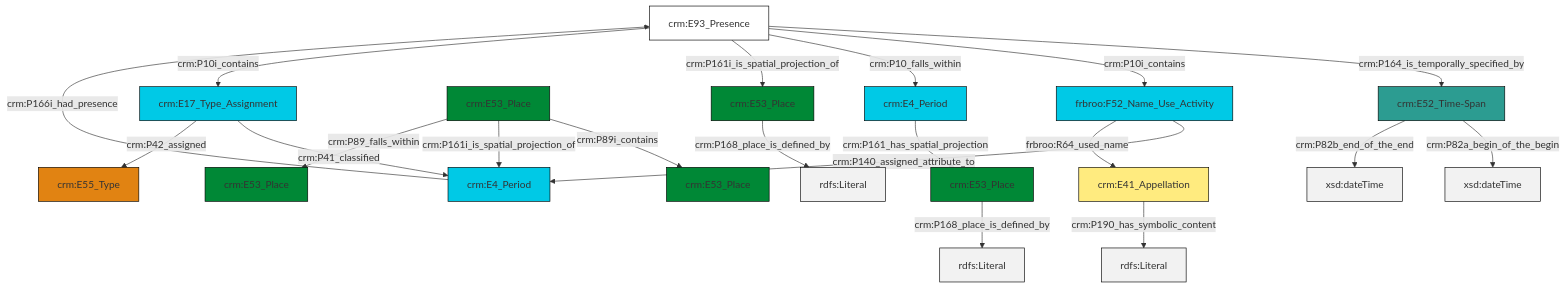
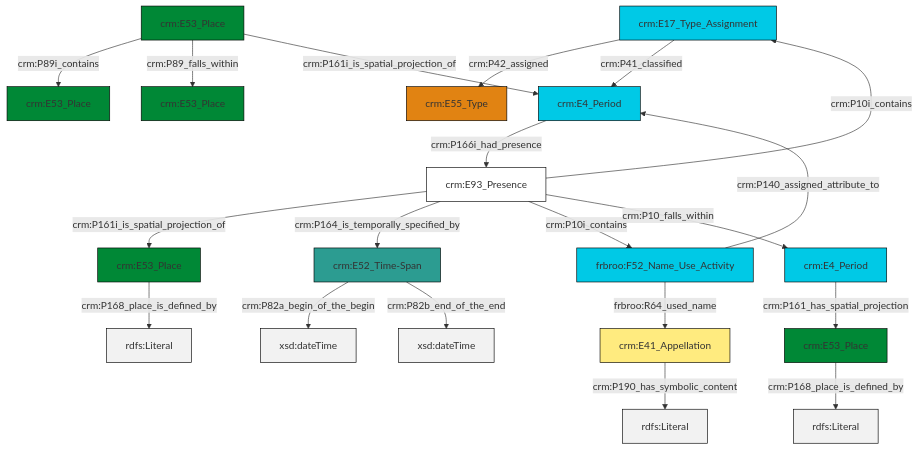
One commit to swiss-art-research-net/reference-data-models changed the diagram in et/placeCSV/ttl/mmd/place_parthood.ttl.mmd. Above: the diagram before and after it, drawn with Mermaid. The commit also changed 127 other files, not shown here.

```diff
--- a/et/placeCSV/ttl/mmd/place_parthood.ttl.mmd
+++ b/et/placeCSV/ttl/mmd/place_parthood.ttl.mmd
@@ -1,34 +1,34 @@
 graph TD
 classDef Literal fill:#f2f2f2,stroke:#000000;
 classDef CRM_Entity fill:#FFFFFF,stroke:#000000;
 classDef Temporal_Entity fill:#00C9E6, stroke:#000000;
 classDef Type fill:#E18312, stroke:#000000;
 classDef Time-Span fill:#2C9C91, stroke:#000000;
 classDef Appellation fill:#FFEB7F, stroke:#000000;
 classDef Place fill:#008836, stroke:#000000;
 classDef Persistent_Item fill:#B266B2, stroke:#000000;
 classDef Conceptual_Object fill:#FFD700, stroke:#000000;
 classDef Physical_Thing fill:#D2B48C, stroke:#000000;
 classDef Actor fill:#f58aad, stroke:#000000;
 classDef PC_Classes fill:#4ce600, stroke:#000000;
 classDef Multi fill:#cccccc,stroke:#000000;
 
-4["crm:E93_Presence"]:::CRM_Entity -->|crm:P164_is_temporally_specified_by| 5["crm:E52_Time-Span"]:::Time-Span
-6["crm:E4_Period"]:::Temporal_Entity -->|crm:P166i_had_presence| 4["crm:E93_Presence"]:::CRM_Entity
-7["frbroo:F52_Name_Use_Activity"]:::Temporal_Entity -->|crm:P140_assigned_attribute_to| 6["crm:E4_Period"]:::Temporal_Entity
-5["crm:E52_Time-Span"]:::Time-Span -->|crm:P82a_begin_of_the_begin| 11[xsd:dateTime]:::Literal
-7["frbroo:F52_Name_Use_Activity"]:::Temporal_Entity -->|frbroo:R64_used_name| 12["crm:E41_Appellation"]:::Appellation
-4["crm:E93_Presence"]:::CRM_Entity -->|crm:P10i_contains| 7["frbroo:F52_Name_Use_Activity"]:::Temporal_Entity
-9["crm:E53_Place"]:::Place -->|crm:P89i_contains| 2["crm:E53_Place"]:::Place
-17["crm:E17_Type_Assignment"]:::Temporal_Entity -->|crm:P41_classified| 6["crm:E4_Period"]:::Temporal_Entity
-12["crm:E41_Appellation"]:::Appellation -->|crm:P190_has_symbolic_content| 19[rdfs:Literal]:::Literal
-4["crm:E93_Presence"]:::CRM_Entity -->|crm:P10_falls_within| 13["crm:E4_Period"]:::Temporal_Entity
-4["crm:E93_Presence"]:::CRM_Entity -->|crm:P161i_is_spatial_projection_of| 15["crm:E53_Place"]:::Place
+2["crm:E52_Time-Span"]:::Time-Span -->|crm:P82a_begin_of_the_begin| 3[xsd:dateTime]:::Literal
+4["crm:E17_Type_Assignment"]:::Temporal_Entity -->|crm:P42_assigned| 5["crm:E55_Type"]:::Type
+11["crm:E93_Presence"]:::CRM_Entity -->|crm:P161i_is_spatial_projection_of| 0["crm:E53_Place"]:::Place
+11["crm:E93_Presence"]:::CRM_Entity -->|crm:P164_is_temporally_specified_by| 2["crm:E52_Time-Span"]:::Time-Span
+6["crm:E53_Place"]:::Place -->|crm:P89i_contains| 14["crm:E53_Place"]:::Place
+0["crm:E53_Place"]:::Place -->|crm:P168_place_is_defined_by| 17[rdfs:Literal]:::Literal
+2["crm:E52_Time-Span"]:::Time-Span -->|crm:P82b_end_of_the_end| 20[xsd:dateTime]:::Literal
 21["crm:E53_Place"]:::Place -->|crm:P168_place_is_defined_by| 22[rdfs:Literal]:::Literal
-13["crm:E4_Period"]:::Temporal_Entity -->|crm:P161_has_spatial_projection| 21["crm:E53_Place"]:::Place
-9["crm:E53_Place"]:::Place -->|crm:P161i_is_spatial_projection_of| 6["crm:E4_Period"]:::Temporal_Entity
-15["crm:E53_Place"]:::Place -->|crm:P168_place_is_defined_by| 25[rdfs:Literal]:::Literal
-17["crm:E17_Type_Assignment"]:::Temporal_Entity -->|crm:P42_assigned| 0["crm:E55_Type"]:::Type
-9["crm:E53_Place"]:::Place -->|crm:P89_falls_within| 26["crm:E53_Place"]:::Place
-5["crm:E52_Time-Span"]:::Time-Span -->|crm:P82b_end_of_the_end| 29[xsd:dateTime]:::Literal
-4["crm:E93_Presence"]:::CRM_Entity -->|crm:P10i_contains| 17["crm:E17_Type_Assignment"]:::Temporal_Entity
+4["crm:E17_Type_Assignment"]:::Temporal_Entity -->|crm:P41_classified| 23["crm:E4_Period"]:::Temporal_Entity
+25["frbroo:F52_Name_Use_Activity"]:::Temporal_Entity -->|frbroo:R64_used_name| 18["crm:E41_Appellation"]:::Appellation
+11["crm:E93_Presence"]:::CRM_Entity -->|crm:P10i_contains| 25["frbroo:F52_Name_Use_Activity"]:::Temporal_Entity
+11["crm:E93_Presence"]:::CRM_Entity -->|crm:P10_falls_within| 26["crm:E4_Period"]:::Temporal_Entity
+11["crm:E93_Presence"]:::CRM_Entity -->|crm:P10i_contains| 4["crm:E17_Type_Assignment"]:::Temporal_Entity
+25["frbroo:F52_Name_Use_Activity"]:::Temporal_Entity -->|crm:P140_assigned_attribute_to| 23["crm:E4_Period"]:::Temporal_Entity
+26["crm:E4_Period"]:::Temporal_Entity -->|crm:P161_has_spatial_projection| 21["crm:E53_Place"]:::Place
+6["crm:E53_Place"]:::Place -->|crm:P89_falls_within| 9["crm:E53_Place"]:::Place
+6["crm:E53_Place"]:::Place -->|crm:P161i_is_spatial_projection_of| 23["crm:E4_Period"]:::Temporal_Entity
+18["crm:E41_Appellation"]:::Appellation -->|crm:P190_has_symbolic_content| 30[rdfs:Literal]:::Literal
+23["crm:E4_Period"]:::Temporal_Entity -->|crm:P166i_had_presence| 11["crm:E93_Presence"]:::CRM_Entity
```
